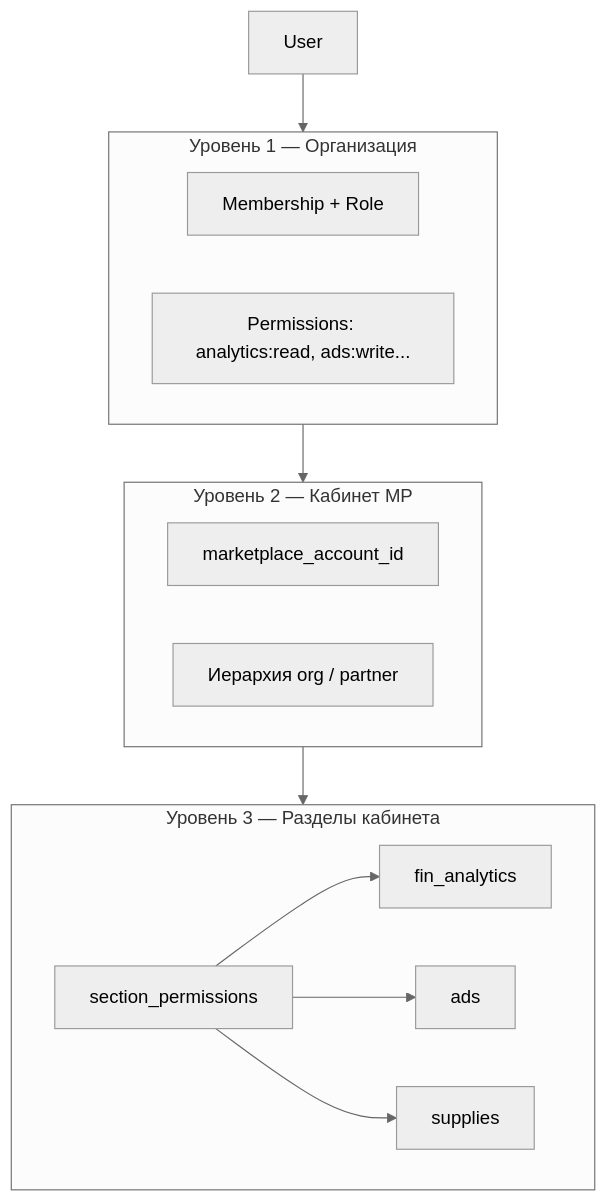
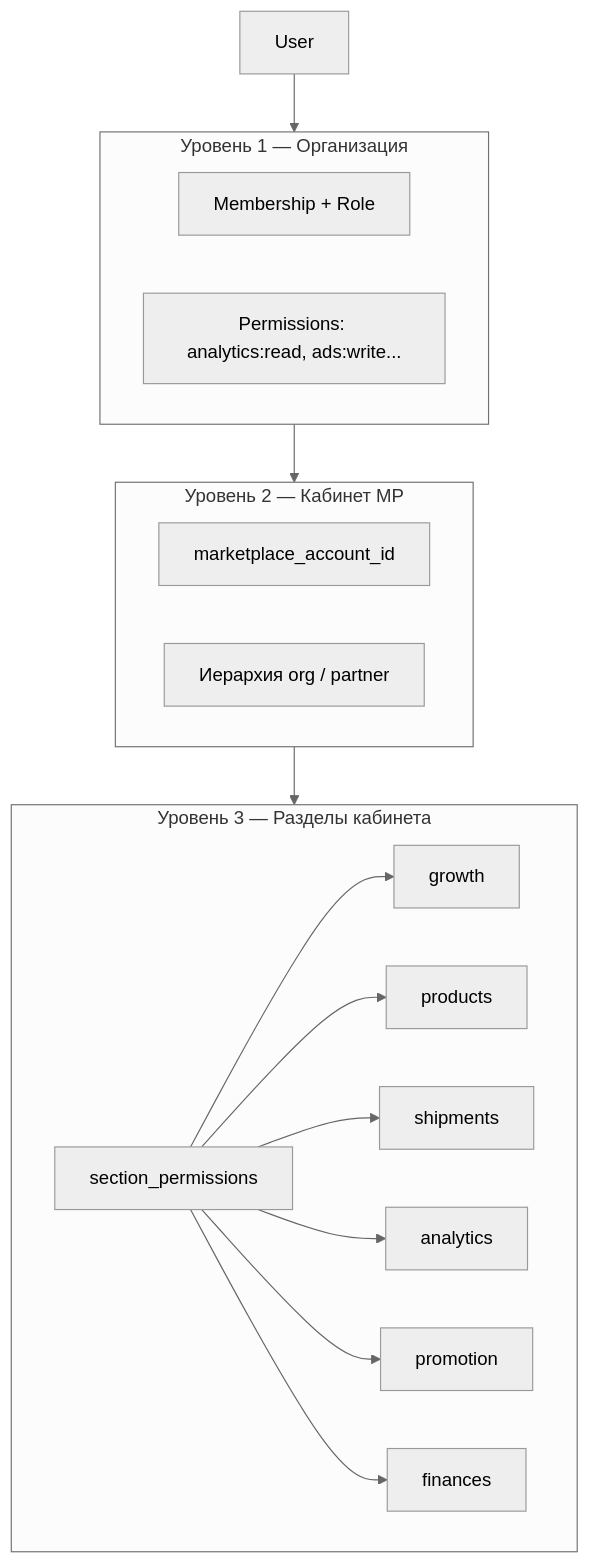
Before and after one commit to MarketHackerLabs/docs: the diagram in architecture/access-control.md, drawn with Mermaid (neutral theme). The commit also changed other lines of this file and 8 other files, not shown here.

Commit message:
Обновить документацию MarketHacker: добавить информацию о новых группах разделов в контроле доступа, обновить описание API управления доступами и улучшить безопасность прокси-сервиса. Обновлены схемы и примеры использования в архитектурных документах.

````diff
--- a/architecture/access-control.md
+++ b/architecture/access-control.md
@@ -7,21 +7,24 @@
 ```mermaid
 flowchart TB
     subgraph L1 [Уровень 1 — Организация]
         MEM[Membership + Role]
         PERM[Permissions: analytics:read, ads:write...]
     end
 
     subgraph L2 [Уровень 2 — Кабинет MP]
         BIND[marketplace_account_id]
         PARTNER[Иерархия org / partner]
     end
 
     subgraph L3 [Уровень 3 — Разделы кабинета]
         SEC[section_permissions]
-        SEC --> FIN[fin_analytics]
-        SEC --> ADS[ads]
-        SEC --> SUP[supplies]
+        SEC --> GROWTH[growth]
+        SEC --> PROD[products]
+        SEC --> SHIP[shipments]
+        SEC --> ANAL[analytics]
+        SEC --> PROMO[promotion]
+        SEC --> FIN[finances]
     end
 
     USER[User] --> L1 --> L2 --> L3
 ```
````
